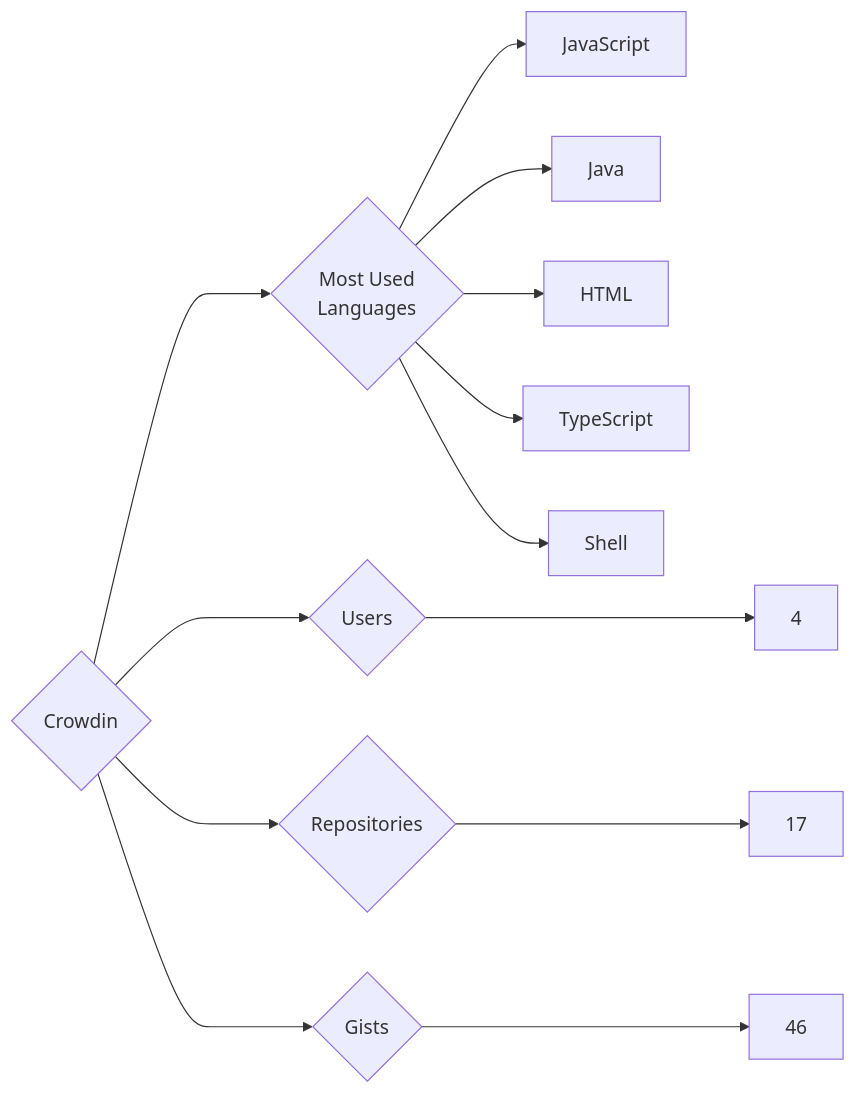
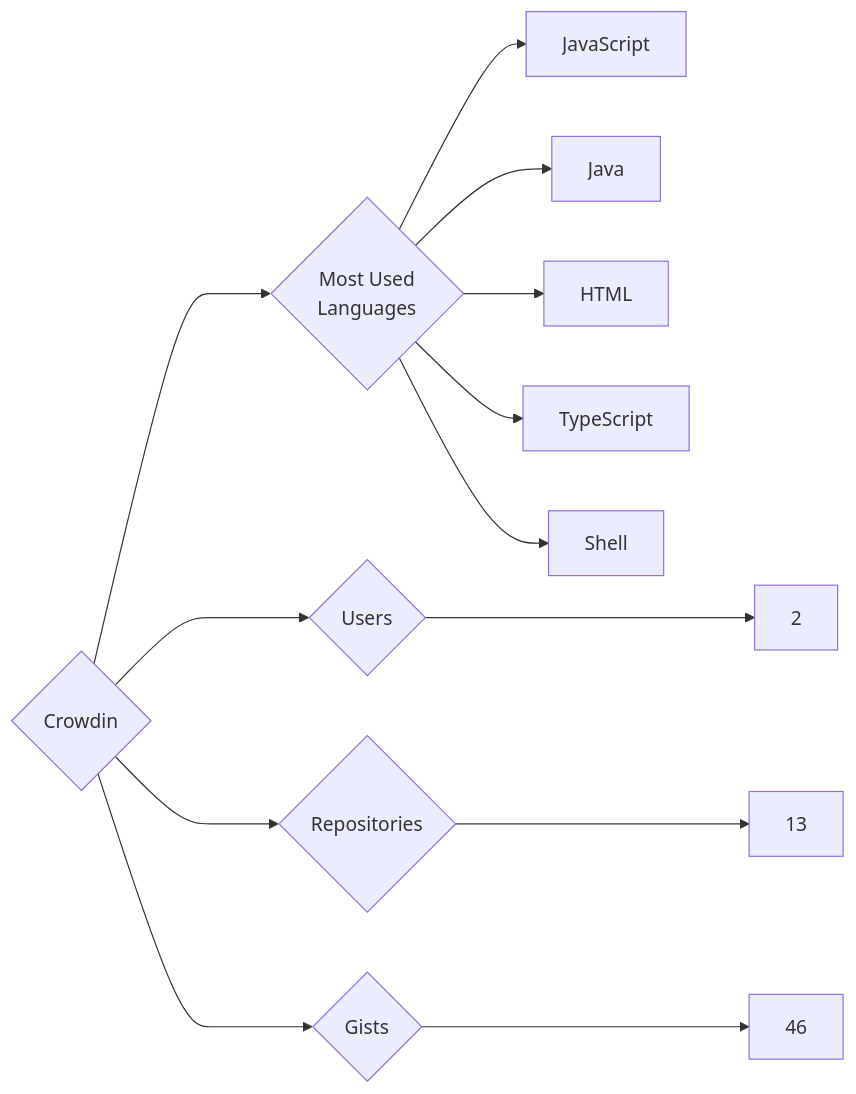
One commit to trickest/insiders changed the diagram in targets/Crowdin/README.md. Above: the diagram before and after it, drawn with Mermaid. The commit also changed 895 other files, not shown here.

````diff
--- a/targets/Crowdin/README.md
+++ b/targets/Crowdin/README.md
@@ -3,13 +3,13 @@
 ```mermaid
 graph LR
 COMPANY_NAME{Crowdin}
-COMPANY_NAME ---> U{Users} ---> UN[4]
-COMPANY_NAME ---> R{Repositories} ---> RN[17]
+COMPANY_NAME ---> U{Users} ---> UN[2]
+COMPANY_NAME ---> R{Repositories} ---> RN[13]
 COMPANY_NAME ---> G{Gists} ---> GN[46]
 COMPANY_NAME ---> ML{Most Used<br>Languages}
 ML --> JavaScript[JavaScript]
 ML --> Java[Java]
 ML --> HTML[HTML]
 ML --> TypeScript[TypeScript]
 ML --> Shell[Shell]
 ```
````
